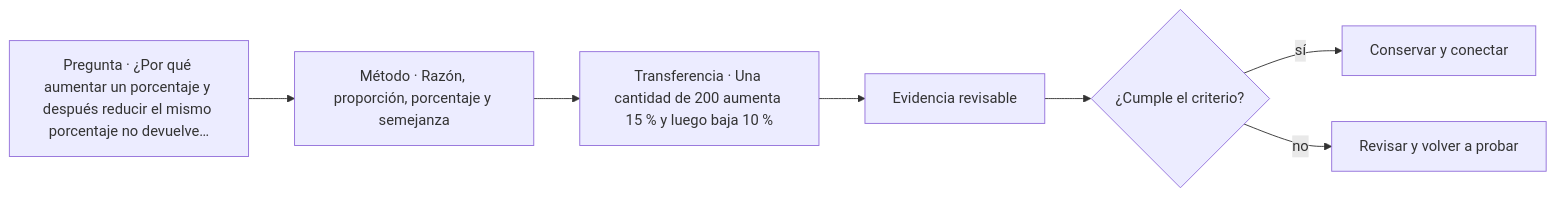
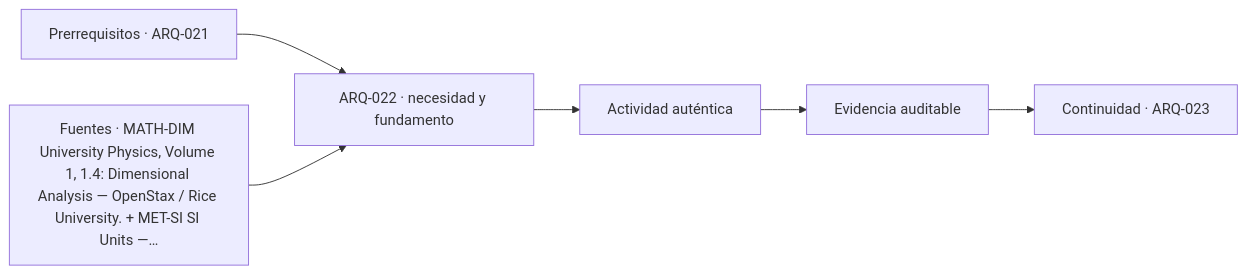
One commit to vladimiracunadev-create/architecture-built-environment-learning-program changed the diagram in classes/parte-03/ARQ-022.md. Above: the diagram before and after it, drawn with Mermaid. The commit also changed other lines of this file and 761 other files, not shown here.

````diff
--- a/classes/parte-03/ARQ-022.md
+++ b/classes/parte-03/ARQ-022.md
@@ -91,9 +103,8 @@
 ```mermaid
 flowchart LR
-    Q["Pregunta · ¿Por qué aumentar un porcentaje y después reducir el mismo porcentaje no devuelve…"] --> M["Método · Razón, proporción, porcentaje y semejanza"]
-    M --> P["Transferencia · Una cantidad de 200 aumenta 15 % y luego baja 10 %"]
-    P --> E["Evidencia revisable"]
-    E --> C{"¿Cumple el criterio?"}
-    C -->|sí| T["Conservar y conectar"]
-    C -->|no| R["Revisar y volver a probar"]
+    A["Prerrequisitos · ARQ-021"] --> B["ARQ-022 · necesidad y fundamento"]
+    S["Fuentes · MATH-DIM University Physics, Volume 1, 1.4: Dimensional Analysis — OpenStax / Rice University. + MET-SI SI Units —…"] --> B
+    B --> C["Actividad auténtica"]
+    C --> D["Evidencia auditable"]
+    D --> E["Continuidad · ARQ-023"]
 ```
````
